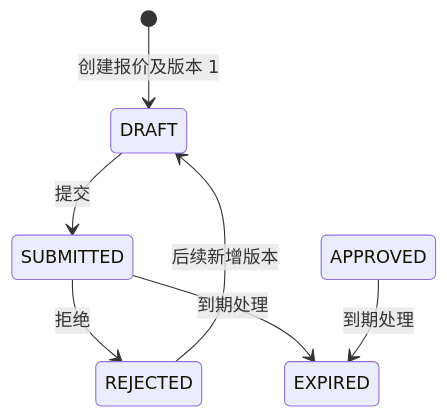
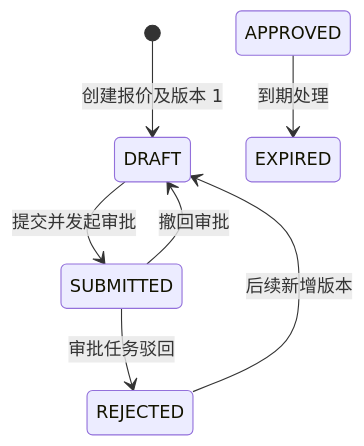
One commit to Squirtles331/AiCRM changed the diagram in docs/architecture/quote.md. Above: the diagram before and after it, drawn with Mermaid. The commit also changed other lines of this file and 21 other files, not shown here.

````diff
--- a/docs/architecture/quote.md
+++ b/docs/architecture/quote.md
@@ -17,9 +17,9 @@
 ```mermaid
 stateDiagram-v2
     [*] --> DRAFT: 创建报价及版本 1
-    DRAFT --> SUBMITTED: 提交
-    SUBMITTED --> REJECTED: 拒绝
-    SUBMITTED --> EXPIRED: 到期处理
+    DRAFT --> SUBMITTED: 提交并发起审批
+    SUBMITTED --> REJECTED: 审批任务驳回
+    SUBMITTED --> DRAFT: 撤回审批
     APPROVED --> EXPIRED: 到期处理
     REJECTED --> DRAFT: 后续新增版本
 ```
````
